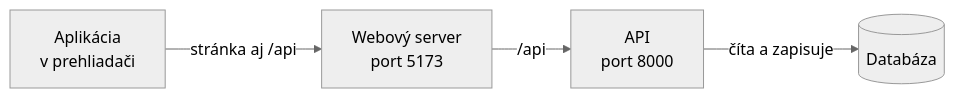
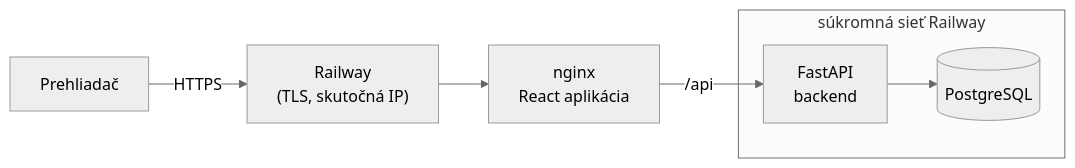
The diagram in README.md (Matus1232/car-fleet-), drawn with Mermaid (neutral theme) before and after one commit. The commit also changed other lines of this file and 2 other files, not shown here.

````diff
--- a/README.md
+++ b/README.md
@@ -91,6 +21,12 @@
 ```mermaid
 flowchart LR
-    F["Aplikácia<br>v prehliadači"] -- "stránka aj /api" --> W["Webový server<br>port 5173"]
-    W -- "/api" --> A["API<br>port 8000"]
-    A -- "číta a zapisuje" --> D[("Databáza")]
+    U["Prehliadač"] -- "HTTPS" --> R["Railway<br>(TLS, skutočná IP)"]
+    R --> N["nginx<br>React aplikácia"]
+    N -- "/api" --> A["FastAPI<br>backend"]
+    A --> D[("PostgreSQL")]
+
+    subgraph S["súkromná sieť Railway"]
+        A
+        D
+    end
 ```
````
